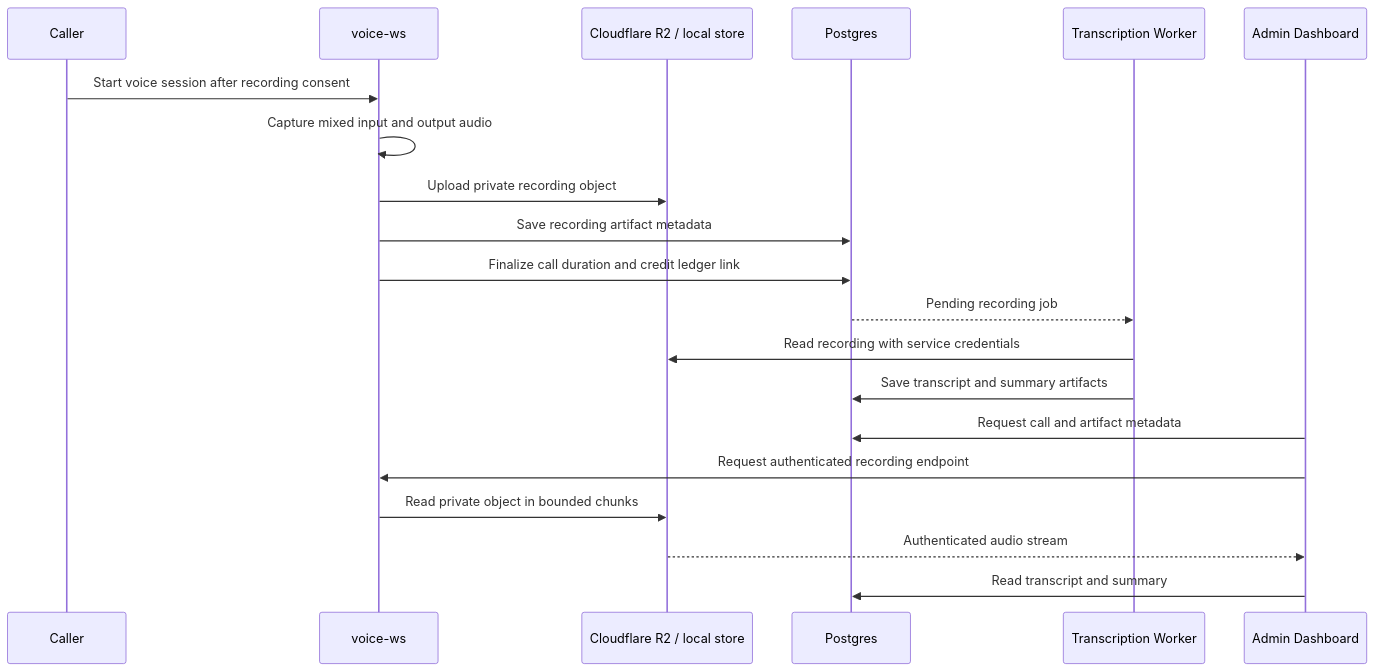
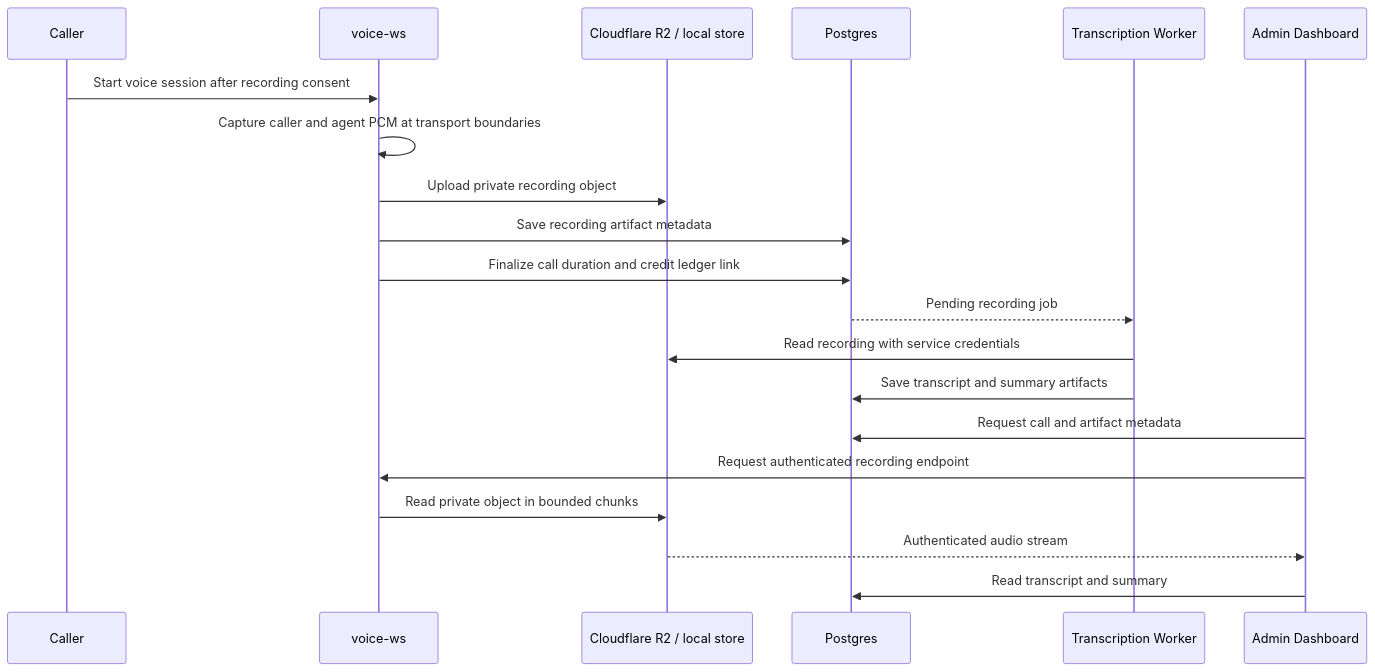
The diagram in docs/03_implementation/call_recording_and_transcription.md (gauravdhiman/a1-voice-agent-platform), drawn with Mermaid before and after one commit. The commit also changed other lines of this file and 10 other files, not shown here.

First line of the commit message:
fix(voice): preserve caller audio in recordings

````diff
--- a/docs/03_implementation/call_recording_and_transcription.md
+++ b/docs/03_implementation/call_recording_and_transcription.md
@@ -53,23 +53,23 @@
 ```mermaid
 sequenceDiagram
     participant Caller
     participant Worker as voice-ws
     participant Storage as Cloudflare R2 / local store
     participant Database as Postgres
     participant Transcriber as Transcription Worker
     participant Admin as Admin Dashboard
 
     Caller->>Worker: Start voice session after recording consent
-    Worker->>Worker: Capture mixed input and output audio
+    Worker->>Worker: Capture caller and agent PCM at transport boundaries
     Worker->>Storage: Upload private recording object
     Worker->>Database: Save recording artifact metadata
     Worker->>Database: Finalize call duration and credit ledger link
     Database-->>Transcriber: Pending recording job
     Transcriber->>Storage: Read recording with service credentials
     Transcriber->>Database: Save transcript and summary artifacts
     Admin->>Database: Request call and artifact metadata
     Admin->>Worker: Request authenticated recording endpoint
     Worker->>Storage: Read private object in bounded chunks
     Storage-->>Admin: Authenticated audio stream
     Admin->>Database: Read transcript and summary
 ```
````
